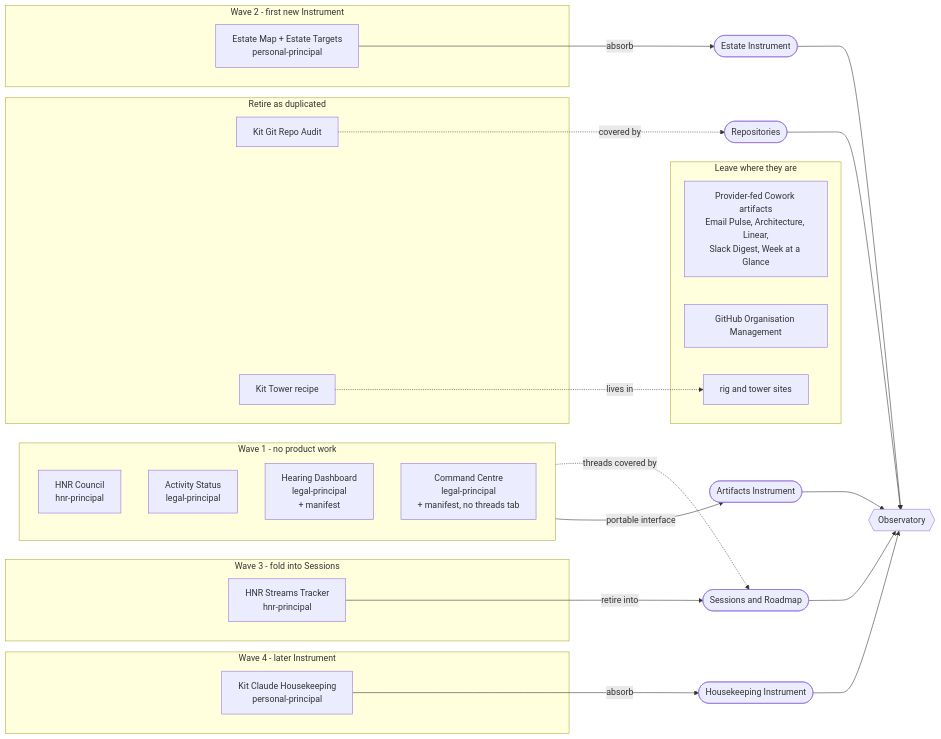
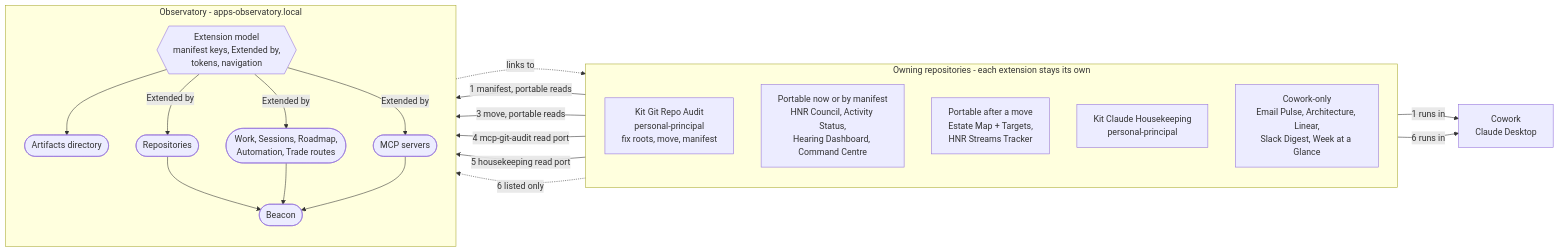
One commit to knowledgeislands/ki-principal changed the diagram in +/_WORK/ki.observatory/design/live-artifacts.md. Above: the diagram before and after it, drawn with Mermaid. The commit also changed other lines of this file, not shown here.

Commit message:
docs(work): ki.observatory rework live artifacts as Observatory extensions

````diff
--- a/+/_WORK/ki.observatory/design/live-artifacts.md
+++ b/+/_WORK/ki.observatory/design/live-artifacts.md
@@ -72,42 +172,40 @@
 ```mermaid
 flowchart LR
-  subgraph W1["Wave 1 - no product work"]
+  subgraph OWN["Owning repositories - each extension stays its own"]
     direction TB
-    C1["HNR Council<br/>hnr-principal"]
-    A1["Activity Status<br/>legal-principal"]
-    H1["Hearing Dashboard<br/>legal-principal<br/>+ manifest"]
-    CC["Command Centre<br/>legal-principal<br/>+ manifest, no threads tab"]
-  end
-  subgraph W2["Wave 2 - first new Instrument"]
-    EM["Estate Map + Estate Targets<br/>personal-principal"]
-  end
-  subgraph W3["Wave 3 - fold into Sessions"]
-    ST["HNR Streams Tracker<br/>hnr-principal"]
-  end
-  subgraph W4["Wave 4 - later Instrument"]
+    GA["Kit Git Repo Audit<br/>personal-principal<br/>fix roots, move, manifest"]
+    PORT["Portable now or by manifest<br/>HNR Council, Activity Status,<br/>Hearing Dashboard, Command Centre"]
+    LATER["Portable after a move<br/>Estate Map + Targets,<br/>HNR Streams Tracker"]
     HK["Kit Claude Housekeeping<br/>personal-principal"]
-  end
-  subgraph RET["Retire as duplicated"]
-    GA["Kit Git Repo Audit"]
-    TW["Kit Tower recipe"]
-  end
-  subgraph LEAVE["Leave where they are"]
-    PV["Provider-fed Cowork artifacts<br/>Email Pulse, Architecture, Linear,<br/>Slack Digest, Week at a Glance"]
-    GO["GitHub Organisation Management"]
-    SITES["rig and tower sites"]
+    COW["Cowork-only<br/>Email Pulse, Architecture, Linear,<br/>Slack Digest, Week at a Glance"]
   end
 
-  W1 -->|portable interface| ART(["Artifacts Instrument"])
-  EM -->|absorb| NEWI(["Estate Instrument"])
-  ST -->|retire into| SES(["Sessions and Roadmap"])
-  HK -->|absorb| NEWH(["Housekeeping Instrument"])
-  GA -.->|covered by| REP(["Repositories"])
-  TW -.->|lives in| SITES
-  CC -.->|threads covered by| SES
+  subgraph OBS["Observatory - apps-observatory.local"]
+    direction TB
+    MODEL{{"Extension model<br/>manifest keys, Extended by,<br/>tokens, navigation"}}
+    REP(["Repositories"])
+    ART(["Artifacts directory"])
+    WS(["Work, Sessions, Roadmap,<br/>Automation, Trade routes"])
+    MS(["MCP servers"])
+    BEA(["Beacon"])
+  end
 
-  ART --> OBS{{"Observatory"}}
-  NEWI --> OBS
-  SES --> OBS
-  NEWH --> OBS
-  REP --> OBS
+  CW["Cowork<br/>Claude Desktop"]
+
+  PORT -->|"1 manifest, portable reads"| MODEL
+  LATER -->|"3 move, portable reads"| MODEL
+  GA -->|"1 runs in"| CW
+  GA -->|"4 mcp-git-audit read port"| MODEL
+  HK -->|"5 housekeeping read port"| MODEL
+  COW -->|"6 runs in"| CW
+  COW -.->|"6 listed only"| ART
+
+  MODEL --> ART
+  MODEL -->|"Extended by"| REP
+  MODEL -->|"Extended by"| WS
+  MODEL -->|"Extended by"| MS
+  REP --> BEA
+  WS --> BEA
+  MS --> BEA
+  REP -.->|"links to"| GA
 ```
````
